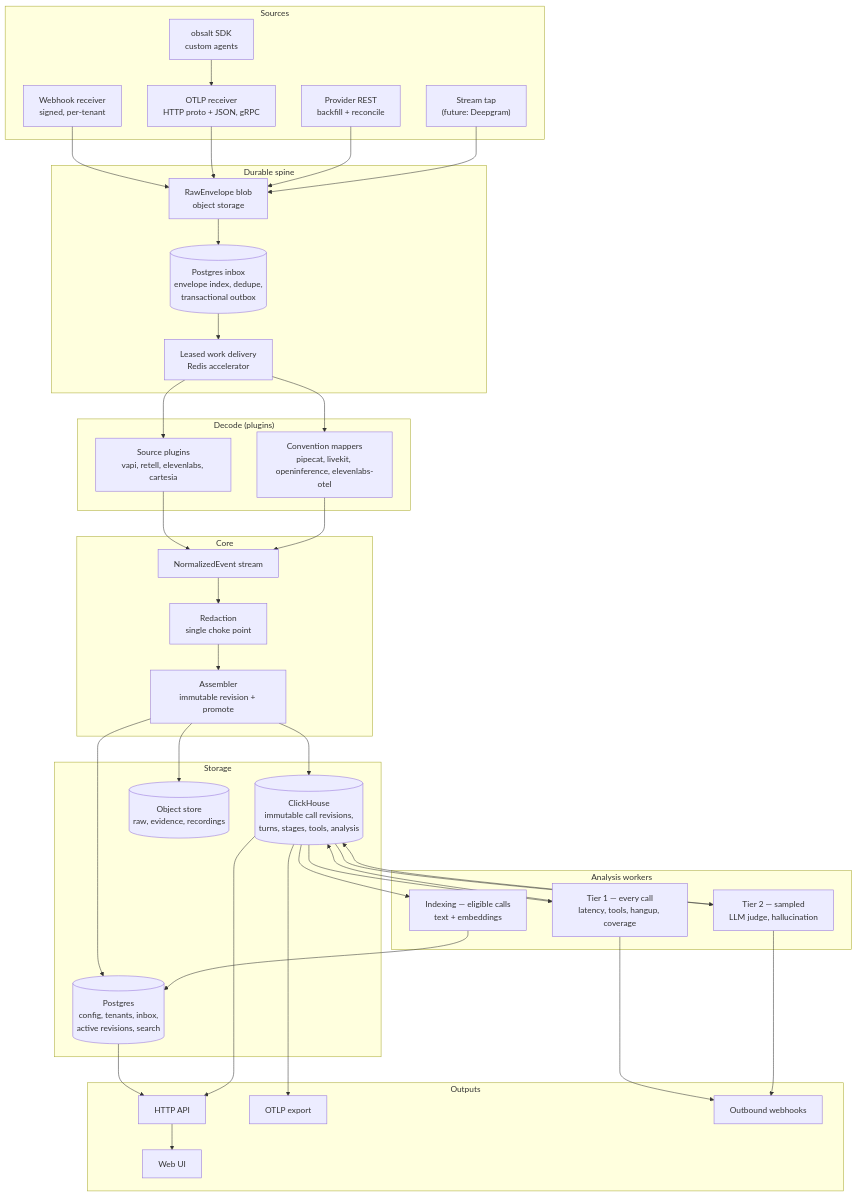
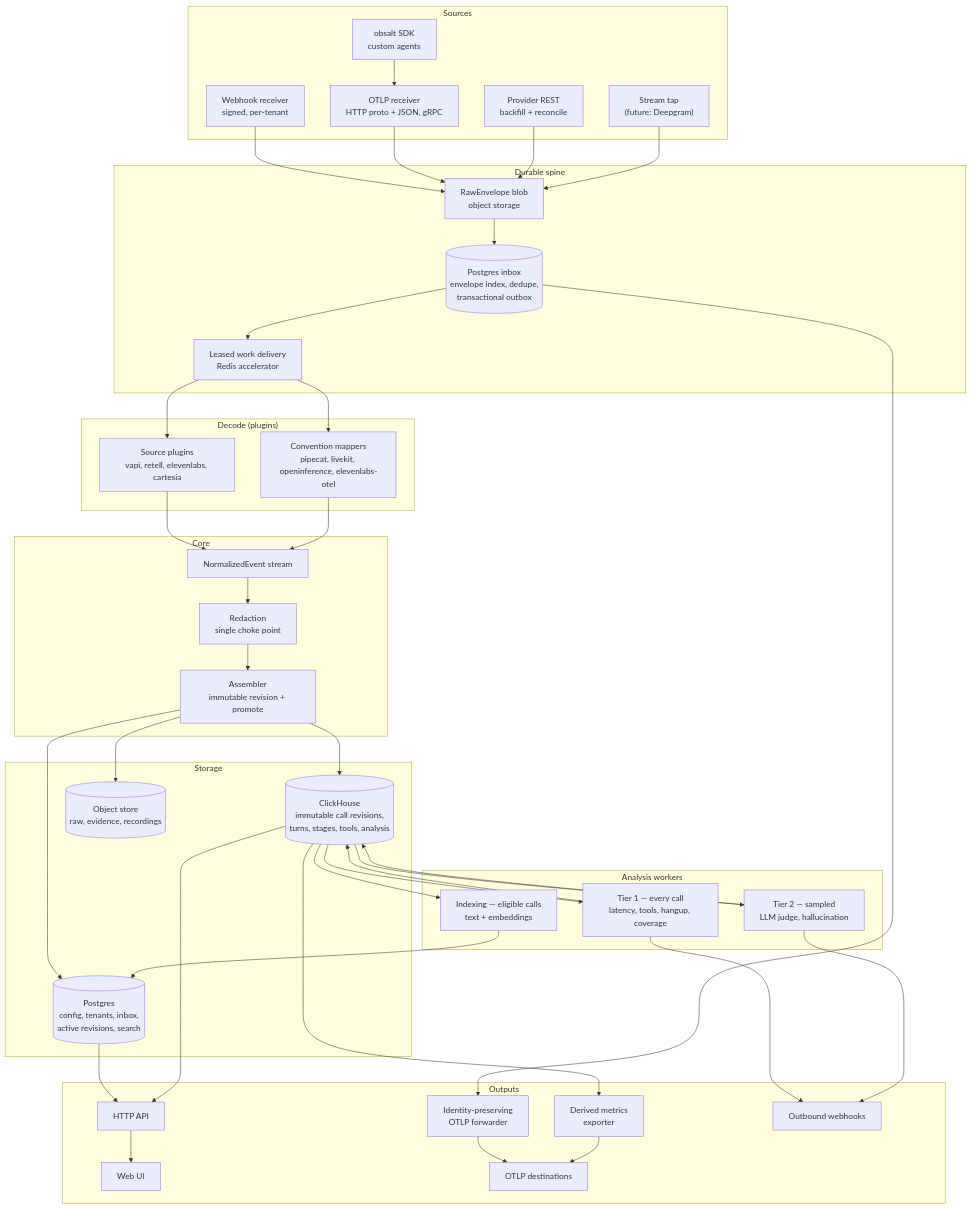
One commit to obsalt/obsalt-legacy changed the diagram in docs/rewrite-plan.md. Above: the diagram before and after it, drawn with Mermaid. The commit also changed other lines of this file, not shown here.

````diff
--- a/docs/rewrite-plan.md
+++ b/docs/rewrite-plan.md
@@ -247,70 +249,73 @@
 ```mermaid
 flowchart TB
   subgraph sources ["Sources"]
     WH["Webhook receiver<br/>signed, per-tenant"]
     OTLP["OTLP receiver<br/>HTTP proto + JSON, gRPC"]
     SDK["obsalt SDK<br/>custom agents"]
     PULL["Provider REST<br/>backfill + reconcile"]
     SOCK["Stream tap<br/>(future: Deepgram)"]
   end
 
   subgraph spine ["Durable spine"]
     RAW["RawEnvelope blob<br/>object storage"]
     INBOX[("Postgres inbox<br/>envelope index, dedupe,<br/>transactional outbox")]
     Q["Leased work delivery<br/>Redis accelerator"]
   end
 
   subgraph decode ["Decode (plugins)"]
     SRC["Source plugins<br/>vapi, retell, elevenlabs, cartesia"]
     MAP["Convention mappers<br/>pipecat, livekit, openinference, elevenlabs-otel"]
   end
 
   subgraph core ["Core"]
     NORM["NormalizedEvent stream"]
     RED["Redaction<br/>single choke point"]
     ASM["Assembler<br/>immutable revision + promote"]
   end
 
   subgraph store ["Storage"]
     CH[("ClickHouse<br/>immutable call revisions,<br/>turns, stages, tools, analysis")]
     PG[("Postgres<br/>config, tenants, inbox,<br/>active revisions, search")]
     OBJ[("Object store<br/>raw, evidence, recordings")]
   end
 
   subgraph analysis ["Analysis workers"]
     T1["Tier 1 — every call<br/>latency, tools, hangup, coverage"]
     IDX["Indexing — eligible calls<br/>text + embeddings"]
     T2["Tier 2 — sampled<br/>LLM judge, hallucination"]
   end
 
   subgraph out ["Outputs"]
     API["HTTP API"]
     UI["Web UI"]
-    EXP["OTLP export"]
+    FWD["Identity-preserving<br/>OTLP forwarder"]
+    MET["Derived metrics<br/>exporter"]
+    EXP["OTLP destinations"]
     HOOK["Outbound webhooks"]
   end
 
   WH --> RAW
   OTLP --> RAW
   SDK --> OTLP
   PULL --> RAW
   SOCK --> RAW
   RAW --> INBOX --> Q
   Q --> SRC
   Q --> MAP
   SRC --> NORM
   MAP --> NORM
   NORM --> RED --> ASM
   ASM --> CH
   ASM --> PG
   ASM --> OBJ
   CH --> T1 --> CH
   CH --> IDX --> PG
   CH --> T2 --> CH
   PG --> API
   CH --> API
   API --> UI
-  CH --> EXP
+  INBOX --> FWD --> EXP
+  CH --> MET --> EXP
   T1 --> HOOK
   T2 --> HOOK
 ```
````
